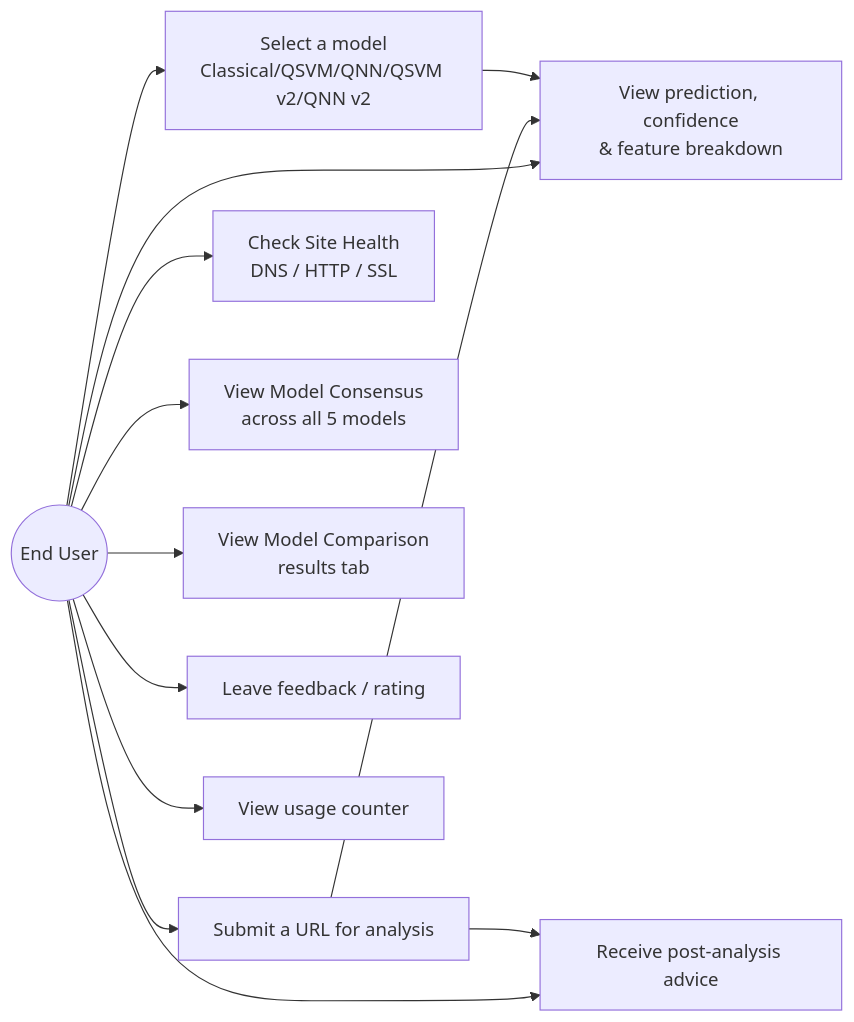
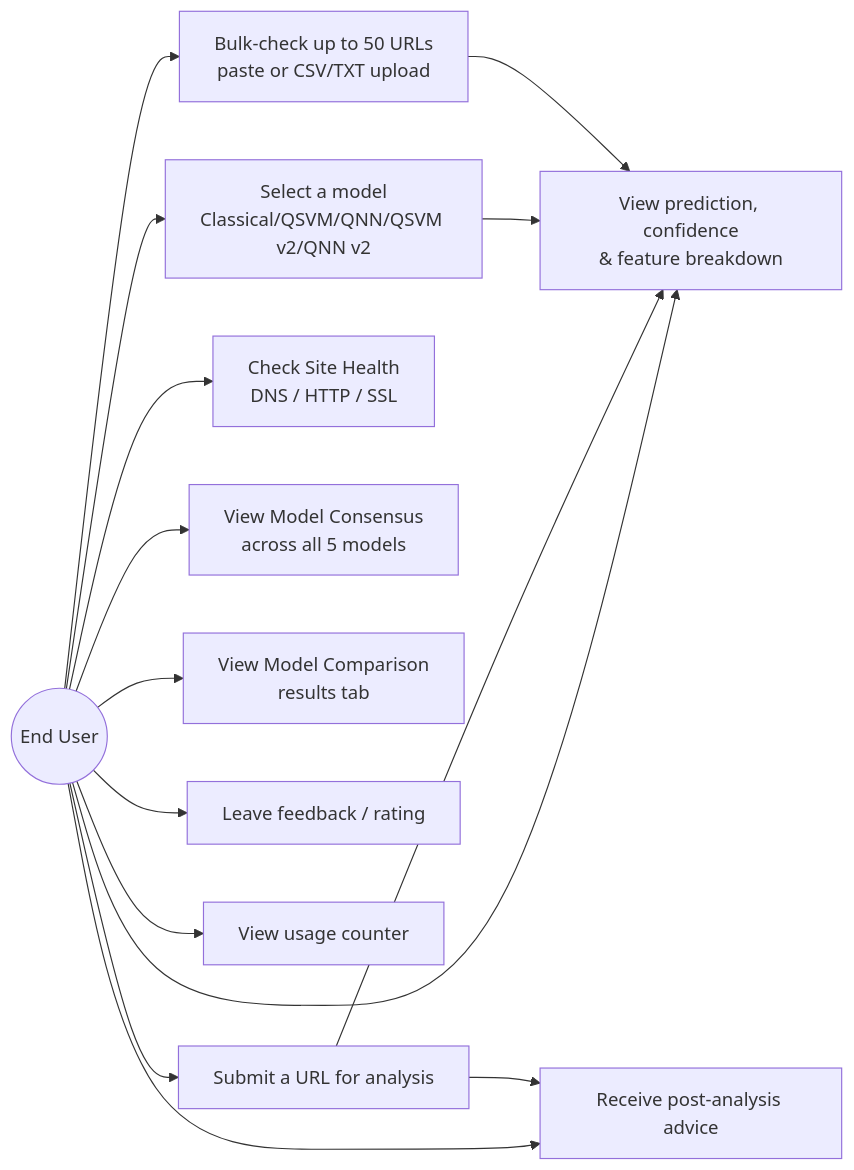
The second of 2 diagrams in docs/PROJECT_DOCUMENTATION.md (Caleb10Kpeli/Quantum-Machine-Learning-to-detect-Phishing-Website), drawn with Mermaid before and after one commit. The commit also changed other lines of this file and 6 other files, not shown here.

First line of the commit message:
Add bulk URL checker, SSRF protection, and feature roadmap

````diff
--- a/docs/PROJECT_DOCUMENTATION.md
+++ b/docs/PROJECT_DOCUMENTATION.md
@@ -624,18 +626,20 @@
 ```mermaid
 flowchart LR
     User((End User))
 
     User --> UC1[Submit a URL for analysis]
     User --> UC2[Select a model\nClassical/QSVM/QNN/QSVM v2/QNN v2]
     User --> UC3[View prediction, confidence\n& feature breakdown]
     User --> UC4[Check Site Health\nDNS / HTTP / SSL]
     User --> UC5[View Model Consensus\nacross all 5 models]
     User --> UC6[View Model Comparison\nresults tab]
     User --> UC7[Leave feedback / rating]
     User --> UC8[View usage counter]
     User --> UC9[Receive post-analysis advice]
+    User --> UC10[Bulk-check up to 50 URLs\npaste or CSV/TXT upload]
 
     UC1 --> UC3
     UC2 --> UC3
     UC1 --> UC9
+    UC10 --> UC3
 ```
````
